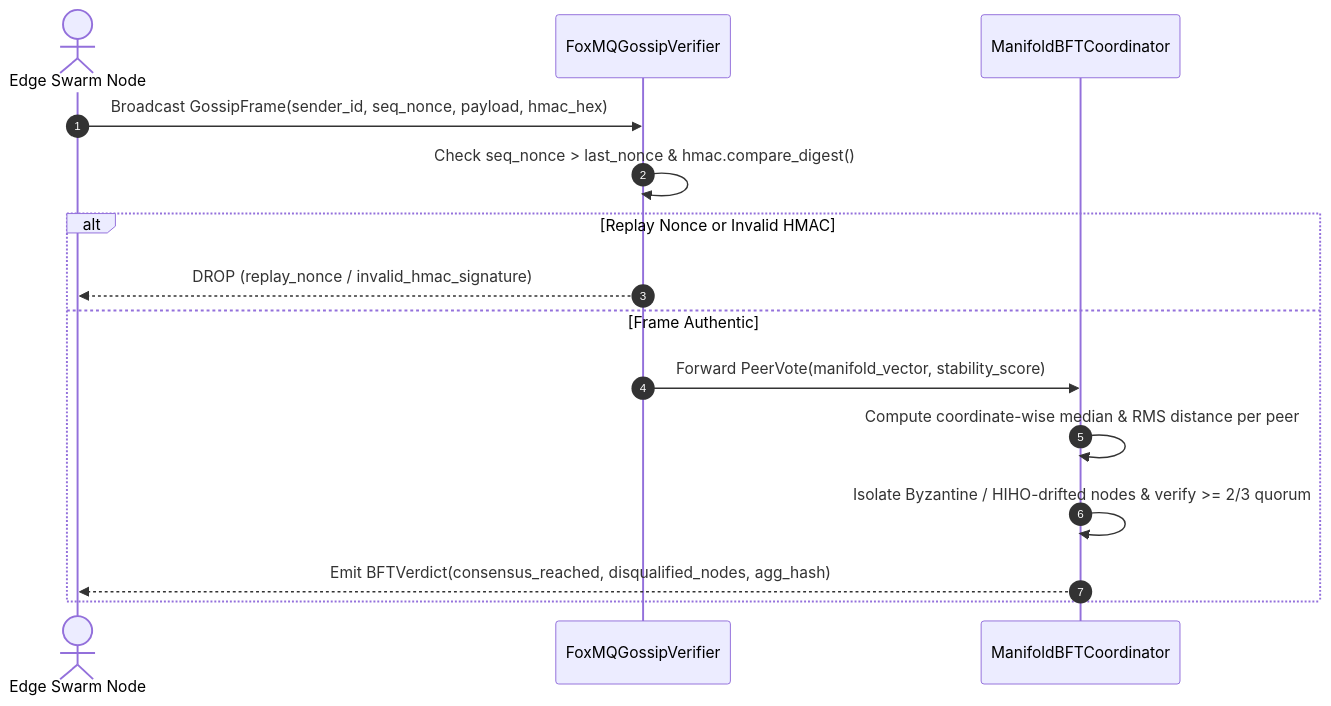
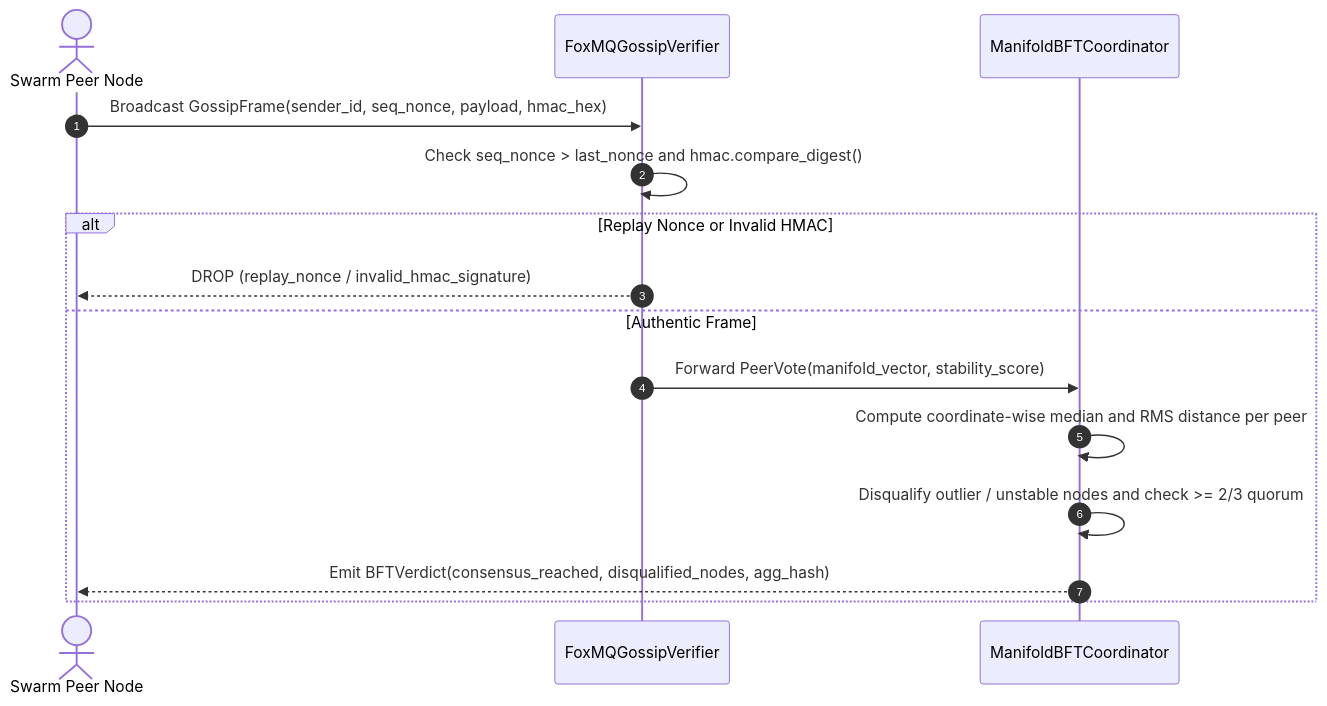
Before and after one commit to manderson240/vertex-swarm-agent: the second of 2 diagrams in BUIDL_SUBMISSION.md, drawn with Mermaid. The commit also changed other lines of this file and 4 other files, not shown here.

````diff
--- a/BUIDL_SUBMISSION.md
+++ b/BUIDL_SUBMISSION.md
@@ -61,18 +59,18 @@
 ```mermaid
 sequenceDiagram
     autonumber
-    actor Peer as Edge Swarm Node
+    actor Peer as Swarm Peer Node
     participant FoxMQ as FoxMQGossipVerifier
     participant BFT as ManifoldBFTCoordinator
 
     Peer->>FoxMQ: Broadcast GossipFrame(sender_id, seq_nonce, payload, hmac_hex)
-    FoxMQ->>FoxMQ: Check seq_nonce > last_nonce & hmac.compare_digest()
+    FoxMQ->>FoxMQ: Check seq_nonce > last_nonce and hmac.compare_digest()
     alt Replay Nonce or Invalid HMAC
         FoxMQ-->>Peer: DROP (replay_nonce / invalid_hmac_signature)
-    else Frame Authentic
+    else Authentic Frame
         FoxMQ->>BFT: Forward PeerVote(manifold_vector, stability_score)
-        BFT->>BFT: Compute coordinate-wise median & RMS distance per peer
-        BFT->>BFT: Isolate Byzantine / HIHO-drifted nodes & verify >= 2/3 quorum
+        BFT->>BFT: Compute coordinate-wise median and RMS distance per peer
+        BFT->>BFT: Disqualify outlier / unstable nodes and check >= 2/3 quorum
         BFT-->>Peer: Emit BFTVerdict(consensus_reached, disqualified_nodes, agg_hash)
     end
 ```
````
